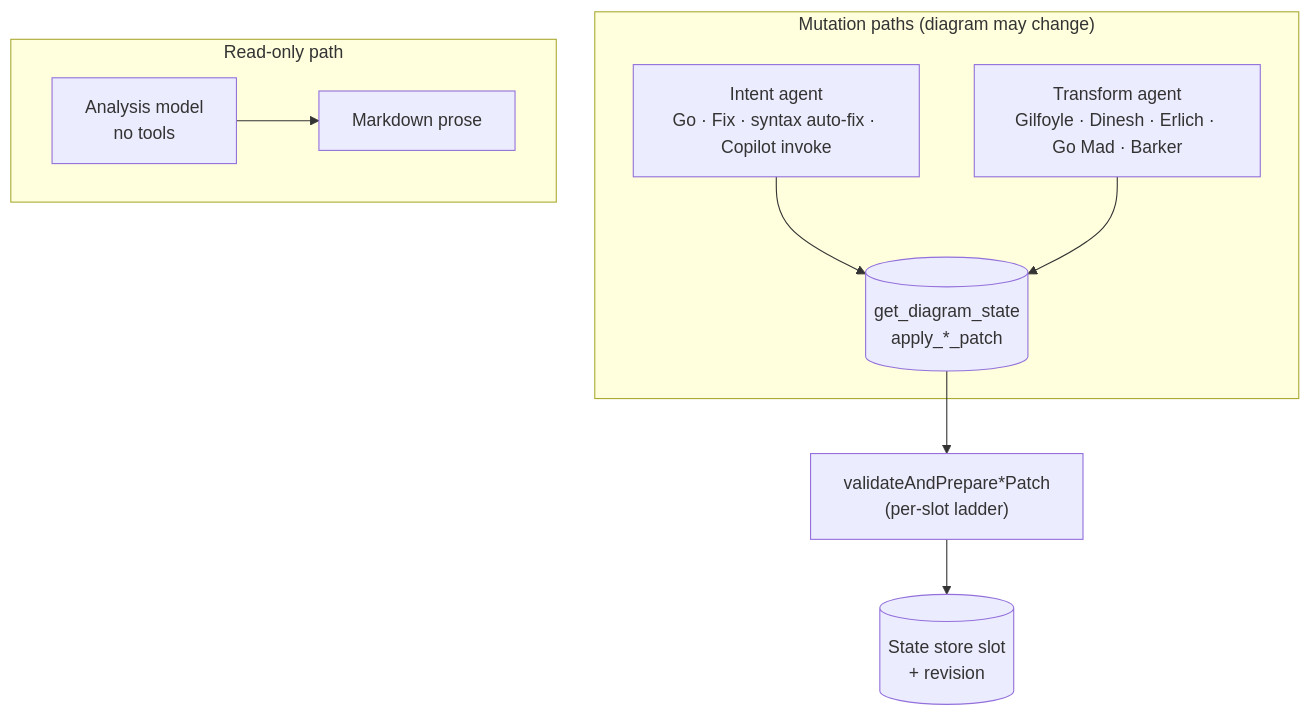
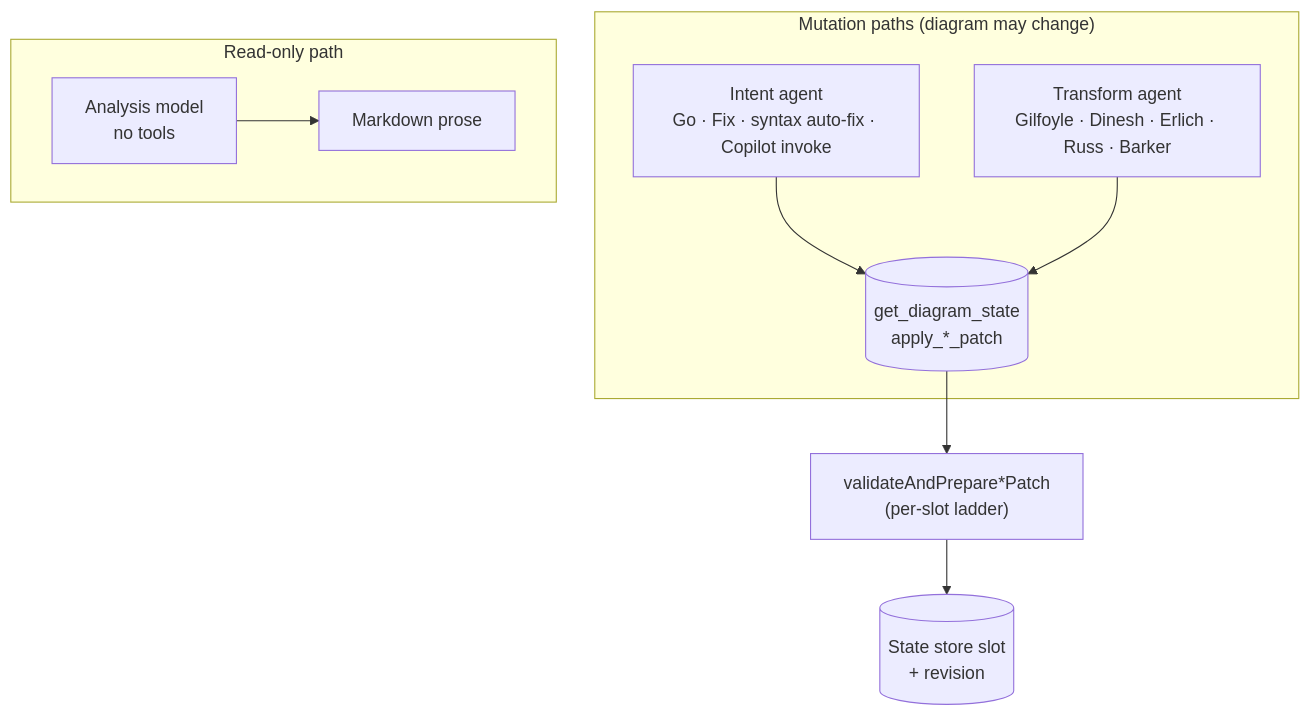
One commit to acuhlmann/mermaid-gen changed the second of 2 diagrams in docs/guide/agents.md. Above: the diagram before and after it, drawn with Mermaid. The commit also changed other lines of this file and 153 other files, not shown here.

First line of the commit message:
feat(cast): Russ Hanneman inherits the goMad seat (`russ`)

````diff
--- a/docs/guide/agents.md
+++ b/docs/guide/agents.md
@@ -32,17 +32,17 @@
 ```mermaid
 flowchart TB
   subgraph mutation ["Mutation paths (diagram may change)"]
     I[Intent agent\nGo · Fix · syntax auto-fix · Copilot invoke]
-    T[Transform agent\nGilfoyle · Dinesh · Erlich · Go Mad · Barker]
+    T[Transform agent\nGilfoyle · Dinesh · Erlich · Russ · Barker]
     I --> Tools[(get_diagram_state\napply_*_patch)]
     T --> Tools
   end
 
   subgraph readonly ["Read-only path"]
     A[Analysis model\nno tools]
     A --> Text[Markdown prose]
   end
 
   Tools --> V["validateAndPrepare*Patch\n(per-slot ladder)"]
   V --> SS[(State store slot\n+ revision)]
 ```
````
